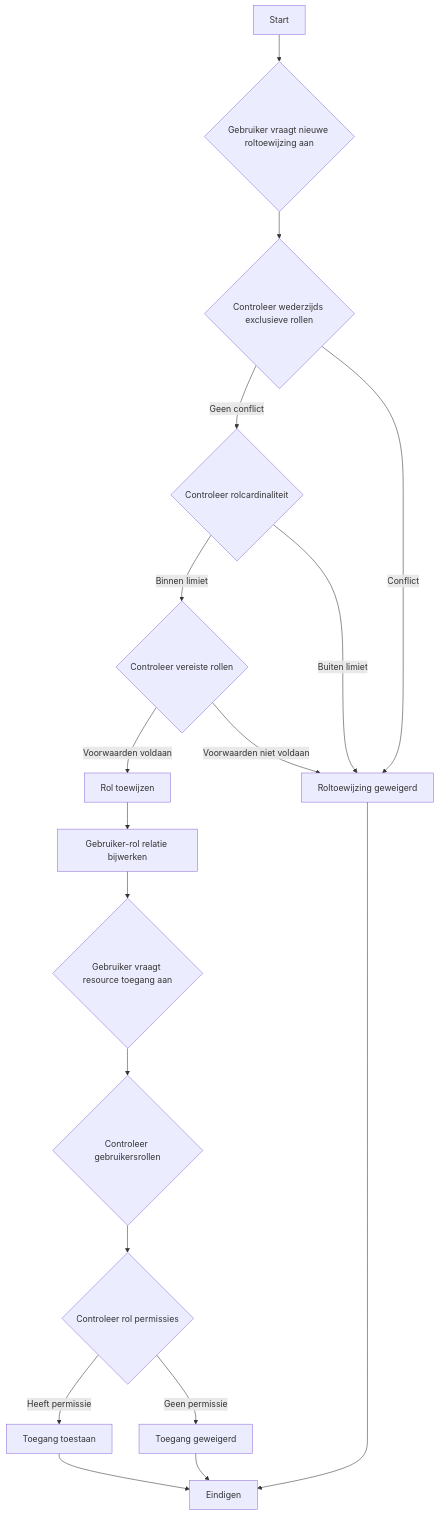
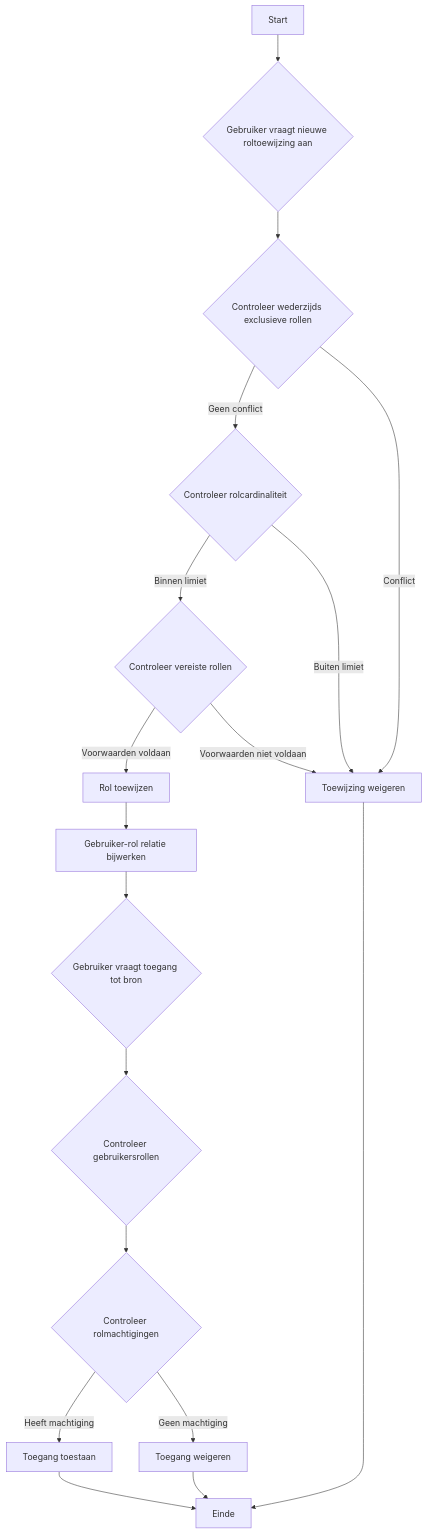
One commit to logto-io/auth-wiki changed the fourth of 4 diagrams in src/content/terms/nl/rbac.mdx. Above: the diagram before and after it, drawn with Mermaid. The commit also changed other lines of this file and 98 other files, not shown here.

````diff
--- a/src/content/terms/nl/rbac.mdx
+++ b/src/content/terms/nl/rbac.mdx
@@ -154,20 +259,20 @@
 ```mermaid
 graph TD
     A[Start] --> B{Gebruiker vraagt nieuwe roltoewijzing aan}
     B --> C{Controleer wederzijds exclusieve rollen}
     C -->|Geen conflict| D{Controleer rolcardinaliteit}
-    C -->|Conflict| M[Roltoewijzing geweigerd]
+    C -->|Conflict| M[Toewijzing weigeren]
     D -->|Binnen limiet| E{Controleer vereiste rollen}
     D -->|Buiten limiet| M
     E -->|Voorwaarden voldaan| F[Rol toewijzen]
     E -->|Voorwaarden niet voldaan| M
     F --> G[Gebruiker-rol relatie bijwerken]
-    G --> H{Gebruiker vraagt resource toegang aan}
+    G --> H{Gebruiker vraagt toegang tot bron}
     H --> I{Controleer gebruikersrollen}
-    I --> J{Controleer rol permissies}
-    J -->|Heeft permissie| K[Toegang toestaan]
-    J -->|Geen permissie| L[Toegang geweigerd]
-    K --> N[Eindigen]
+    I --> J{Controleer rolmachtigingen}
+    J -->|Heeft machtiging| K[Toegang toestaan]
+    J -->|Geen machtiging| L[Toegang weigeren]
+    K --> N[Einde]
     L --> N
     M --> N
 ```
````
